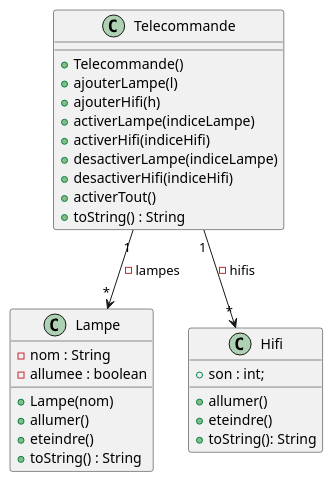
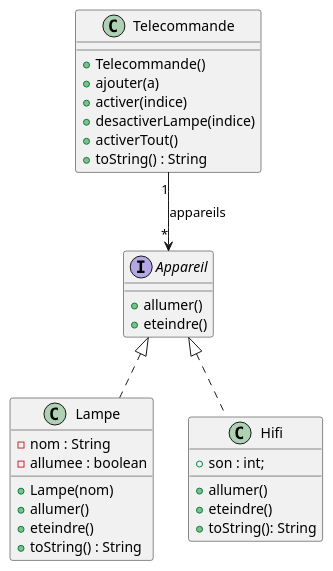
Before and after one commit to Caedit/2026_coo_domotique_RENARD_PHILIPPE: the diagram in conception.puml, drawn with PlantUML.

Commit message:
Modification du diagramme UML pour une nouvelle organisation des classes

```diff
--- a/conception.puml
+++ b/conception.puml
@@ -1,39 +1,43 @@
 @startuml titre Manipulation de lampes
 
 '''classes
 class Lampe {
     -nom : String
     -allumee : boolean
 
     +Lampe(nom)
     +allumer()
     +eteindre()
     +toString() : String
 }
 
-class Hifi{
+interface Appareil{
+    +allumer()
+    +eteindre()
+}
+
+class Hifi {
     +son : int;
 
     +allumer()
     +eteindre()
     +toString(): String
 }
 
+
 class Telecommande {
 
     +Telecommande()
-    +ajouterLampe(l)
-    +ajouterHifi(h)
-    +activerLampe(indiceLampe)
-    +activerHifi(indiceHifi)
-    +desactiverLampe(indiceLampe)
-    +desactiverHifi(indiceHifi)
+    +ajouter(a)
+    +activer(indice)
+    +desactiverLampe(indice)
     +activerTout()
     +toString() : String
 }
 
 '''relations
-Telecommande "1" --> "*" Lampe : -lampes
-Telecommande "1" --> "*" Hifi : -hifis
+Telecommande "1" --> "*" Appareil : appareils
+Appareil <|.. Lampe
+Appareil <|.. Hifi
 
 @enduml
```
